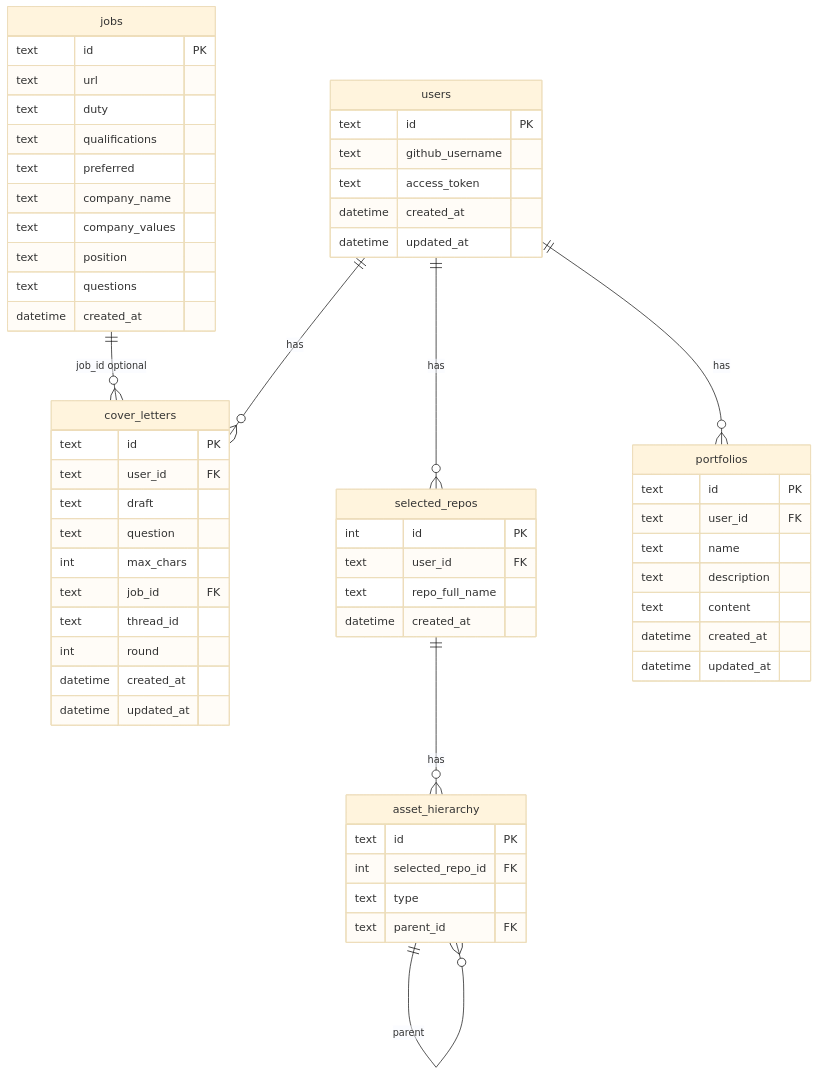
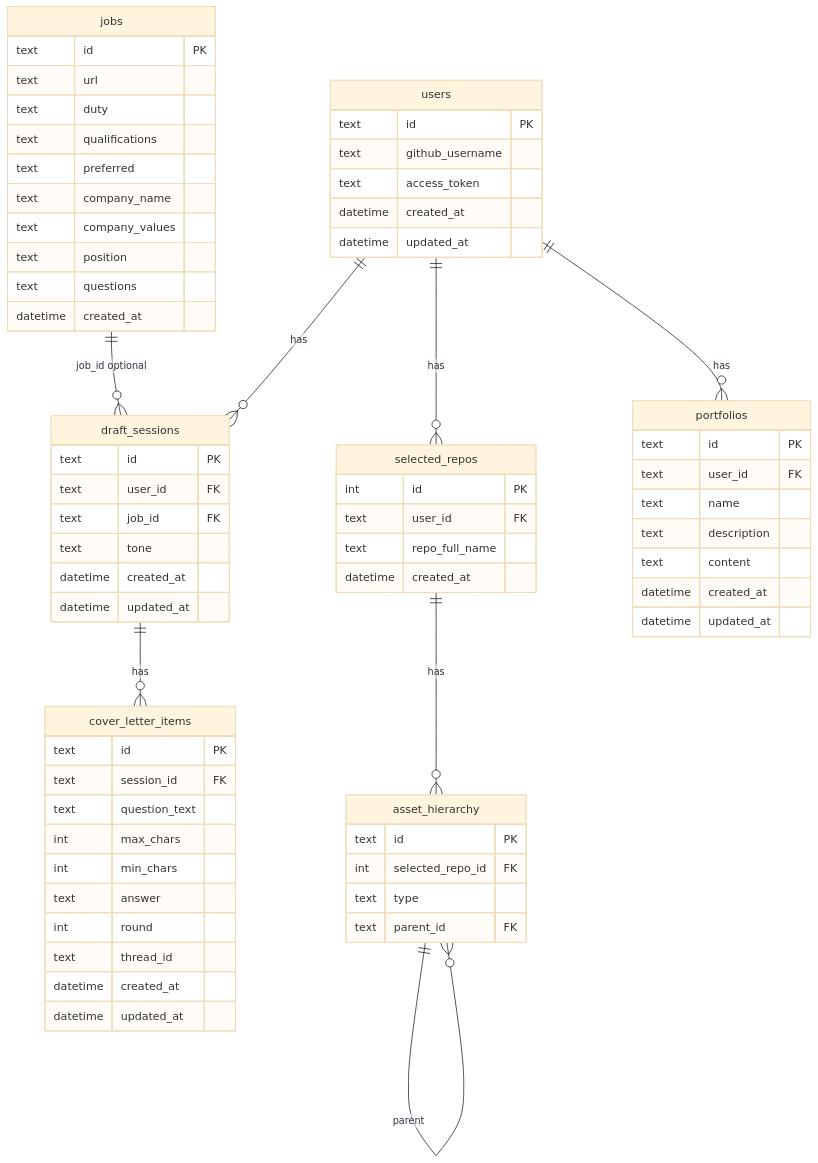
Before and after one commit to kocory1/AutoPolio: the diagram in docs/AUTOFOLIO_DB_스키마_설계.md, drawn with Mermaid (base theme). The commit also changed other lines of this file and 7 other files, not shown here.

````diff
--- a/docs/AUTOFOLIO_DB_스키마_설계.md
+++ b/docs/AUTOFOLIO_DB_스키마_설계.md
@@ -198,67 +220,77 @@
 ```mermaid
 erDiagram
-    users ||--o{ cover_letters : has
+    users ||--o{ draft_sessions : has
     users ||--o{ selected_repos : has
     users ||--o{ portfolios : has
+    jobs ||--o{ draft_sessions : "job_id optional"
+    draft_sessions ||--o{ cover_letter_items : has
     selected_repos ||--o{ asset_hierarchy : has
     asset_hierarchy ||--o{ asset_hierarchy : parent
-    jobs ||--o{ cover_letters : "job_id optional"
 
     users {
         text id PK
         text github_username
         text access_token
         datetime created_at
         datetime updated_at
     }
 
-    cover_letters {
+    draft_sessions {
         text id PK
         text user_id FK
-        text draft
-        text question
+        text job_id FK
+        text tone
+        datetime created_at
+        datetime updated_at
+    }
+
+    cover_letter_items {
+        text id PK
+        text session_id FK
+        text question_text
         int max_chars
-        text job_id FK
+        int min_chars
+        text answer
+        int round
         text thread_id
-        int round
         datetime created_at
         datetime updated_at
     }
 
     jobs {
         text id PK
         text url
         text duty
         text qualifications
         text preferred
         text company_name
         text company_values
         text position
         text questions
         datetime created_at
     }
 
     selected_repos {
         int id PK
         text user_id FK
         text repo_full_name
         datetime created_at
     }
 
     asset_hierarchy {
         text id PK
         int selected_repo_id FK
         text type
         text parent_id FK
     }
 
     portfolios {
         text id PK
         text user_id FK
         text name
         text description
         text content
         datetime created_at
         datetime updated_at
     }
 ```
````
